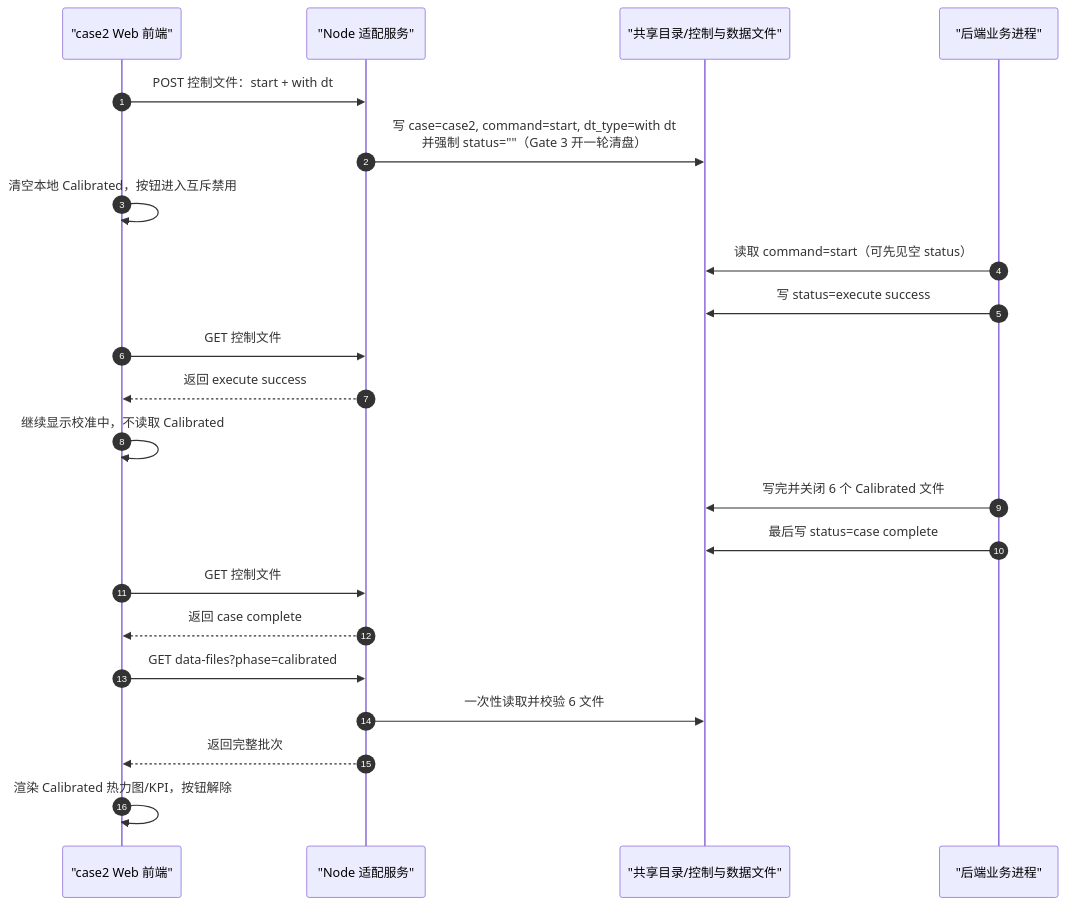
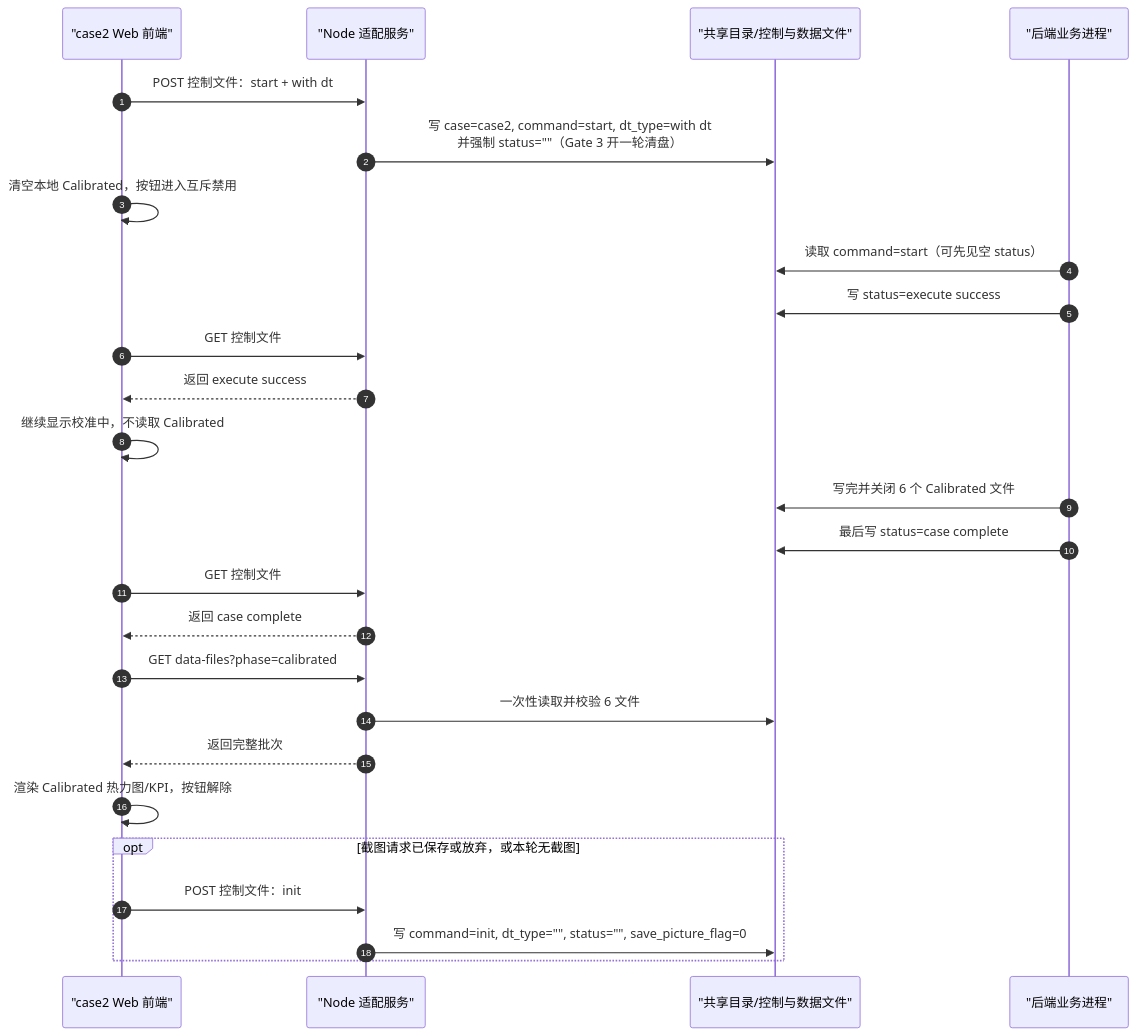
One commit to JackweiStud/2030-DT changed the first of 3 diagrams in doc/case2/API-CONTRACT.md. Above: the diagram before and after it, drawn with Mermaid. The commit also changed other lines of this file and 15 other files, not shown here.

Commit message:
【case2】 1、reinit complete 被 UI 消费完成后，也会再 POST {command:"init"} 写回空闲态 2、case2 用例测试完成后， 被 UI 消费完成后，会再 POST {command:"init"} 写回空闲态

````diff
--- a/doc/case2/API-CONTRACT.md
+++ b/doc/case2/API-CONTRACT.md
@@ -50,25 +50,29 @@
 ```mermaid
 sequenceDiagram
   autonumber
   participant Web as "case2 Web 前端"
   participant Node as "Node 适配服务"
   participant Shared as "共享目录/控制与数据文件"
   participant Backend as "后端业务进程"
 
   Web->>Node: POST 控制文件：start + with dt
   Node->>Shared: 写 case=case2, command=start, dt_type=with dt<br/>并强制 status=""（Gate 3 开一轮清盘）
   Web->>Web: 清空本地 Calibrated，按钮进入互斥禁用
   Backend->>Shared: 读取 command=start（可先见空 status）
   Backend->>Shared: 写 status=execute success
   Web->>Node: GET 控制文件
   Node-->>Web: 返回 execute success
   Web->>Web: 继续显示校准中，不读取 Calibrated
   Backend->>Shared: 写完并关闭 6 个 Calibrated 文件
   Backend->>Shared: 最后写 status=case complete
   Web->>Node: GET 控制文件
   Node-->>Web: 返回 case complete
   Web->>Node: GET data-files?phase=calibrated
   Node->>Shared: 一次性读取并校验 6 文件
   Node-->>Web: 返回完整批次
   Web->>Web: 渲染 Calibrated 热力图/KPI，按钮解除
+  opt 截图请求已保存或放弃，或本轮无截图
+    Web->>Node: POST 控制文件：init
+    Node->>Shared: 写 command=init, dt_type="", status="", save_picture_flag=0
+  end
 ```
````
